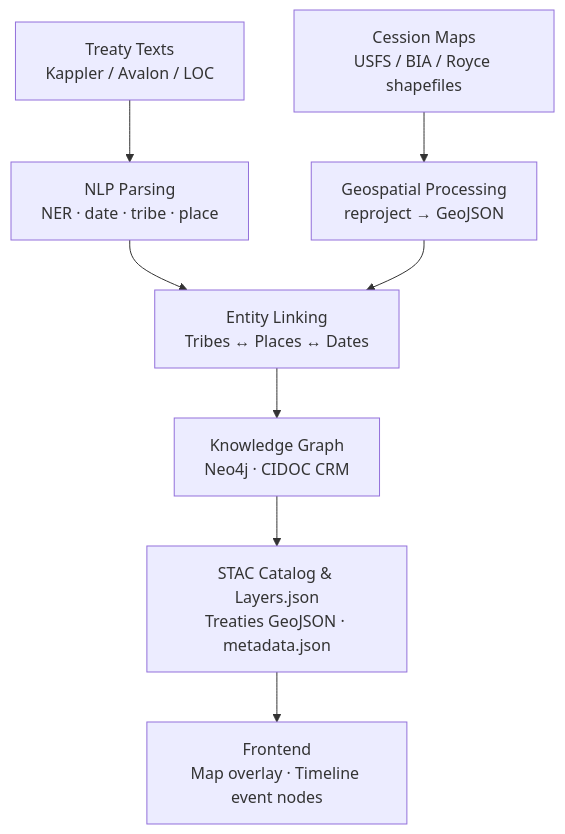
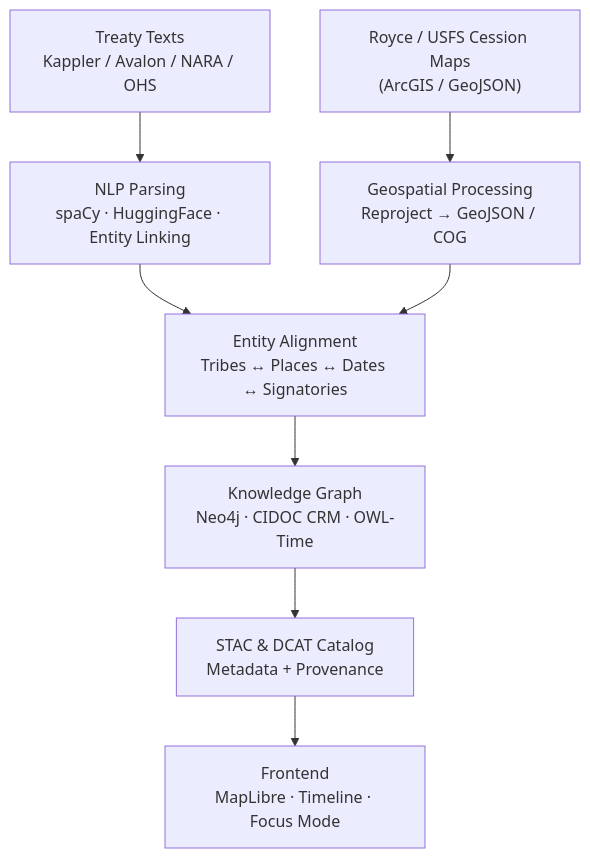
Before and after one commit to bartytime4life/Kansas-Frontier-Matrix: the diagram in docs/integration/treaties.md, drawn with Mermaid. The commit also changed other lines of this file, not shown here.

First line of the commit message:
Revise treaty documentation and integration details

`````diff
--- a/docs/integration/treaties.md
+++ b/docs/integration/treaties.md
@@ -51,10 +54,10 @@
 ```mermaid
 flowchart TD
-    A["Treaty Texts\nKappler / Avalon / LOC"] --> B["NLP Parsing\nNER · date · tribe · place"]
-    A2["Cession Maps\nUSFS / BIA / Royce shapefiles"] --> C["Geospatial Processing\nreproject → GeoJSON"]
-    B --> D["Entity Linking\nTribes ↔ Places ↔ Dates"]
+    A["Treaty Texts\nKappler / Avalon / NARA / OHS"] --> B["NLP Parsing\nspaCy · HuggingFace · Entity Linking"]
+    A2["Royce / USFS Cession Maps\n(ArcGIS / GeoJSON)"] --> C["Geospatial Processing\nReproject → GeoJSON / COG"]
+    B --> D["Entity Alignment\nTribes ↔ Places ↔ Dates ↔ Signatories"]
     C --> D
-    D --> E["Knowledge Graph\nNeo4j · CIDOC CRM"]
-    E --> F["STAC Catalog & Layers.json\nTreaties GeoJSON · metadata.json"]
-    F --> G["Frontend\nMap overlay · Timeline event nodes"]
+    D --> E["Knowledge Graph\nNeo4j · CIDOC CRM · OWL-Time"]
+    E --> F["STAC & DCAT Catalog\nMetadata + Provenance"]
+    F --> G["Frontend\nMapLibre · Timeline · Focus Mode"]
 ````
`````
